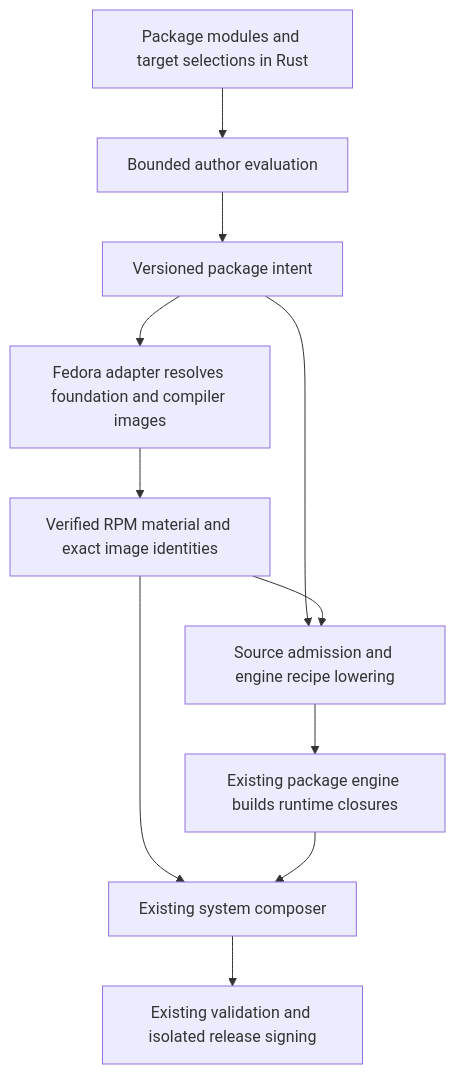
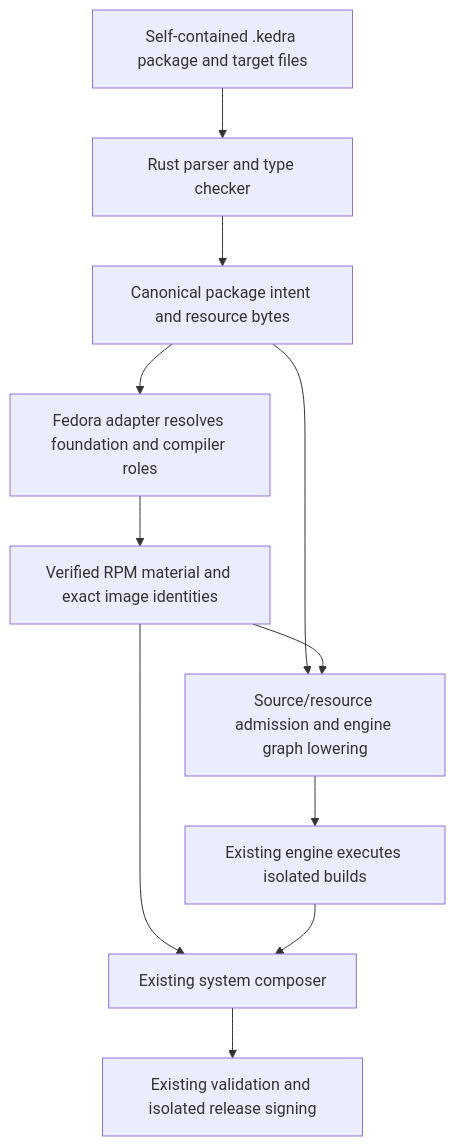
One commit to Reidond/kedra changed the diagram in .specs/nix-package-dsl/README.md. Above: the diagram before and after it, drawn with Mermaid. The commit also changed other lines of this file and 9 other files, not shown here.

First line of the commit message:
docs: design self-contained Kedra package language

````diff
--- a/.specs/nix-package-dsl/README.md
+++ b/.specs/nix-package-dsl/README.md
@@ -18,13 +24,13 @@
 ```mermaid
 flowchart TD
-    A[Package modules and target selections in Rust] --> B[Bounded author evaluation]
-    B --> C[Versioned package intent]
-    C --> D[Fedora adapter resolves foundation and compiler images]
+    A[Self-contained .kedra package and target files] --> B[Rust parser and type checker]
+    B --> C[Canonical package intent and resource bytes]
+    C --> D[Fedora adapter resolves foundation and compiler roles]
     D --> E[Verified RPM material and exact image identities]
-    C --> F[Source admission and engine recipe lowering]
+    C --> F[Source/resource admission and engine graph lowering]
     E --> F
-    F --> G[Existing package engine builds runtime closures]
+    F --> G[Existing engine executes isolated builds]
     E --> H[Existing system composer]
     G --> H
     H --> I[Existing validation and isolated release signing]
 ```
````
